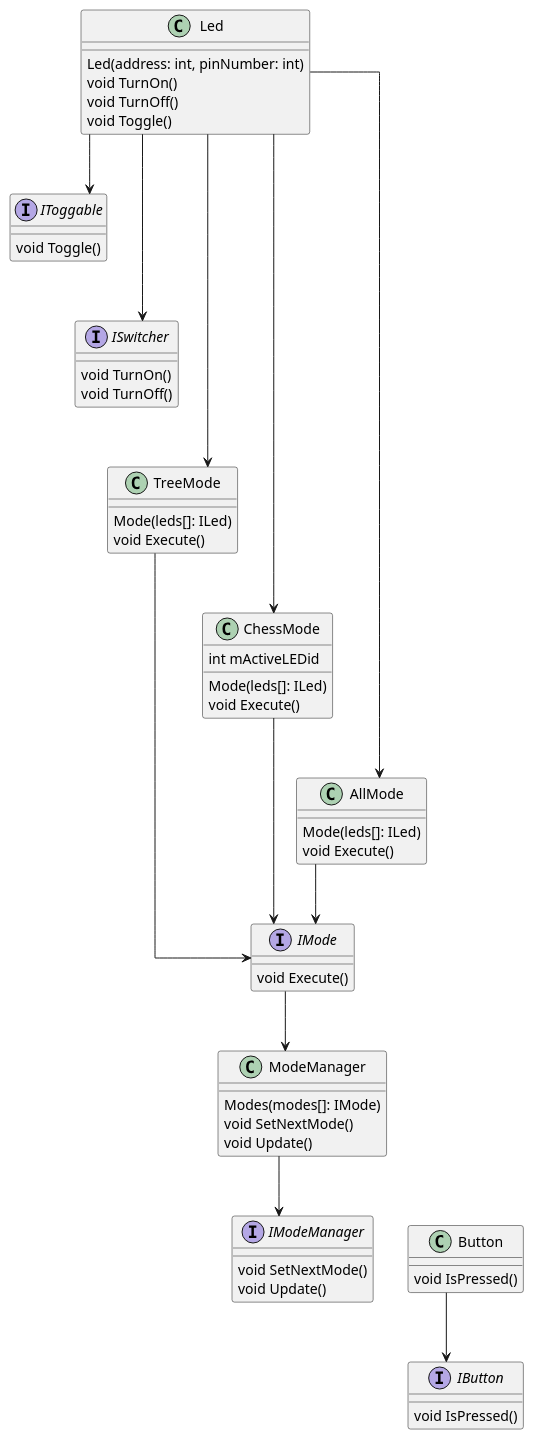
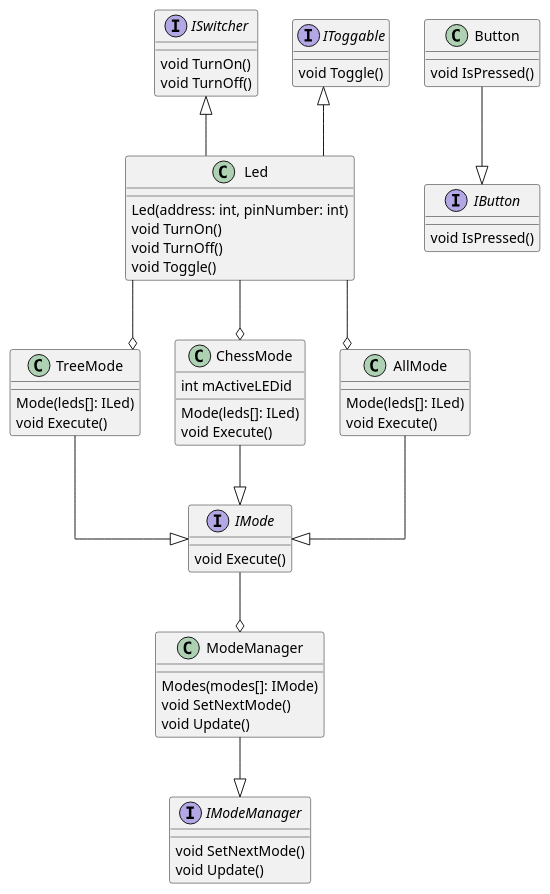
One commit to evelina-zalipaeva/WORK changed the diagram in 3.puml. Above: the diagram before and after it, drawn with PlantUML.

```diff
--- a/3.puml
+++ b/3.puml
@@ -1,91 +1,81 @@
 @startuml ModeArchitecture
 top to bottom direction
 skinparam linetype ortho
 skinparam classAttributeIconSize 0
 
 ' ===== Классы и интерфейсы =====
 class Led {
     Led(address: int, pinNumber: int)
     void TurnOn()
     void TurnOff()
     void Toggle()
 }
 
 interface IToggable {
     void Toggle()
 }
 
 interface ISwitcher {
     void TurnOn()
     void TurnOff()
 }
 
 class TreeMode {
     Mode(leds[]: ILed)
     void Execute()
 }
 
 class ChessMode {
     int mActiveLEDid
     Mode(leds[]: ILed)
     void Execute()
 }
 
 class AllMode {
     Mode(leds[]: ILed)
     void Execute()
 }
 
 interface IMode {
     void Execute()
 }
 
 class ModeManager {
     Modes(modes[]: IMode)
     void SetNextMode()
     void Update()
 }
 
 interface IModeManager {
     void SetNextMode()
     void Update()
 }
 
 class Button {
     void IsPressed()
 }
 
 interface IButton {
     void IsPressed()
 }
 
 ' ===== Структура связей =====
-Led --> IToggable
-Led --> ISwitcher
-Led --> TreeMode
-Led --> ChessMode
-Led --> AllMode
+Led -up-|> IToggable
+Led -up-|> ISwitcher
+Led --o TreeMode
+Led --o ChessMode
+Led --o AllMode
 
-TreeMode --> IMode
-ChessMode --> IMode
-AllMode --> IMode
+TreeMode --|> IMode
+ChessMode --|> IMode
+AllMode --|> IMode
 
-IMode --> ModeManager
+IMode --o ModeManager
 
-ModeManager --> IModeManager
+ModeManager --|> IModeManager
 
-Button --> IButton
+Button --|> IButton
 
-' ===== Расположение =====
-Led -[hidden]-> IToggable
-IToggable -[hidden]-> ISwitcher
-ISwitcher -[hidden]-> TreeMode
-TreeMode -[hidden]-> ChessMode
-ChessMode -[hidden]-> AllMode
-AllMode -[hidden]-> IMode
-IMode -[hidden]-> ModeManager
-ModeManager -[hidden]-> IModeManager
-ModeManager -[hidden]-> Button
-Button -[hidden]-> IButton
+
 
 @enduml
```
